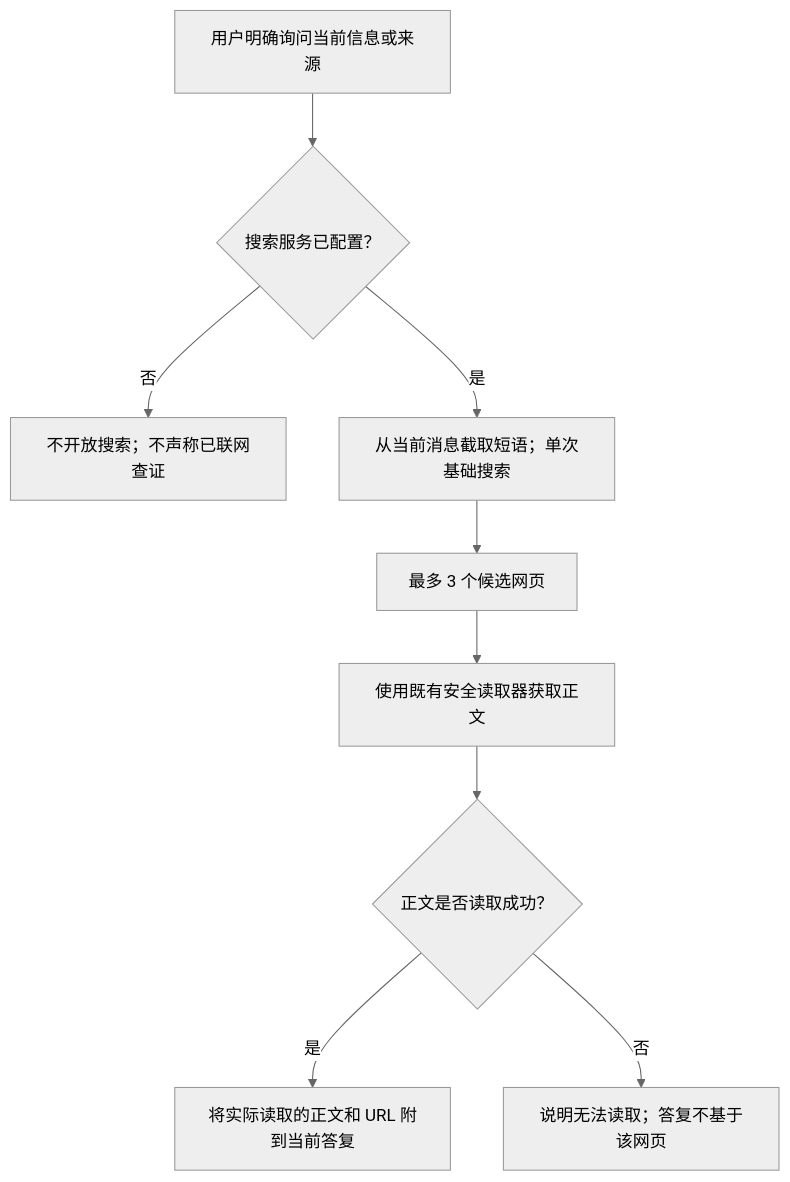
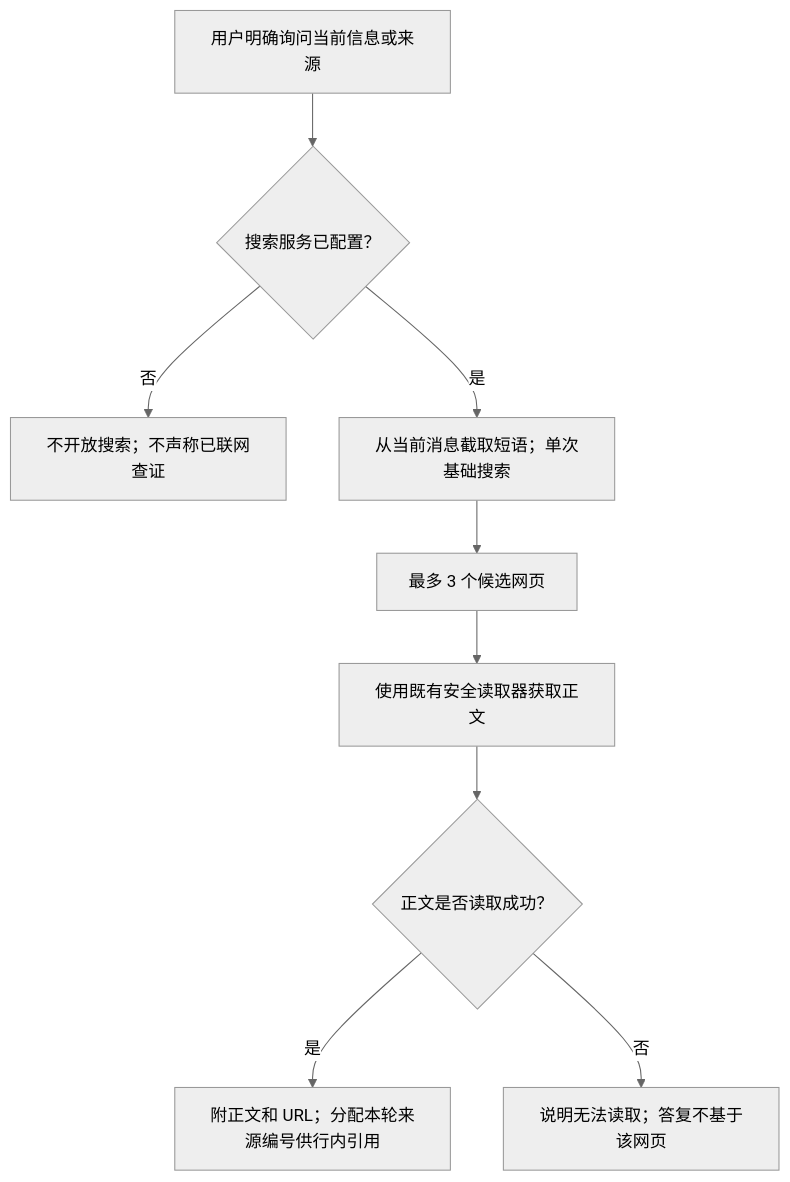
One commit to Noema-Harness/noema-agent changed the sixth of 6 diagrams in docs/design/noema-core-flows.md. Above: the diagram before and after it, drawn with Mermaid (neutral theme). The commit also changed other lines of this file and 10 other files, not shown here.

````diff
--- a/docs/design/noema-core-flows.md
+++ b/docs/design/noema-core-flows.md
@@ -202,11 +202,11 @@
 ```mermaid
 flowchart TD
     ASK[用户明确询问当前信息或来源] --> READY{搜索服务已配置？}
     READY -- 否 --> UNAVAILABLE[不开放搜索；不声称已联网查证]
     READY -- 是 --> QUERY[从当前消息截取短语；单次基础搜索]
     QUERY --> CANDIDATES[最多 3 个候选网页]
     CANDIDATES --> FETCH[使用既有安全读取器获取正文]
     FETCH --> READ{正文是否读取成功？}
-    READ -- 是 --> ATTACH[将实际读取的正文和 URL 附到当前答复]
+    READ -- 是 --> ATTACH[附正文和 URL；分配本轮来源编号供行内引用]
     READ -- 否 --> FAIL[说明无法读取；答复不基于该网页]
 ```
````
